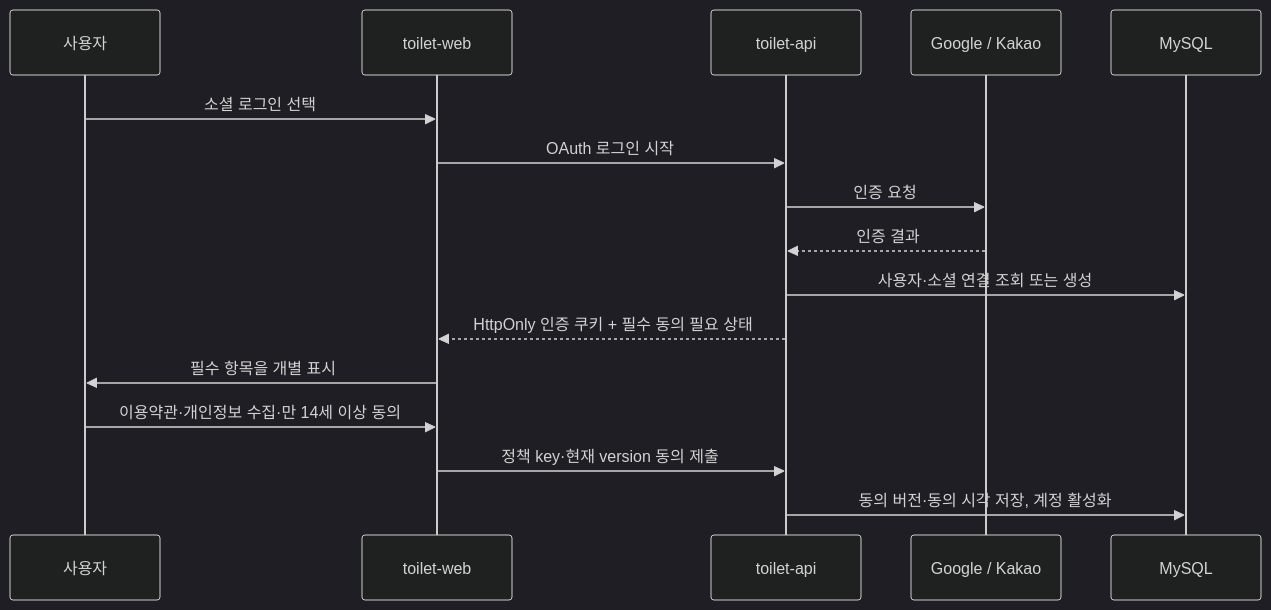
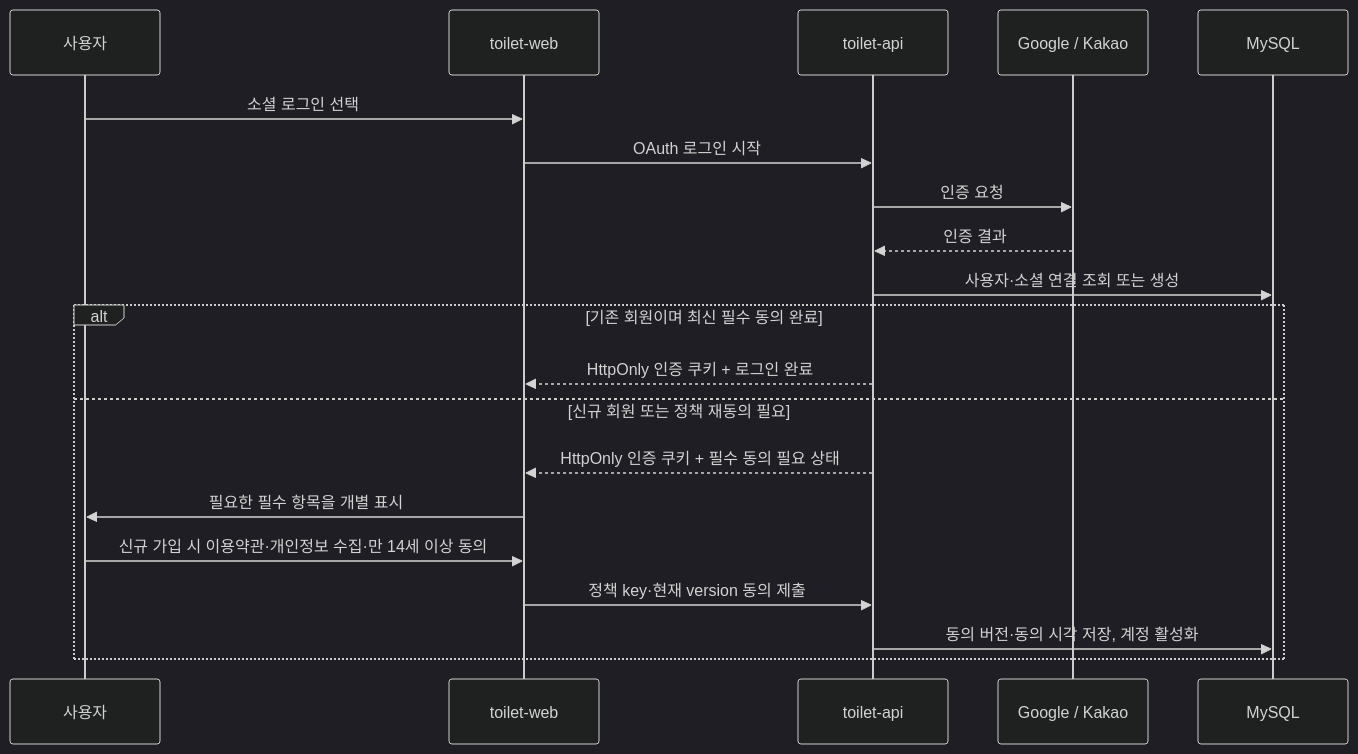
One commit to toilet-project/docs changed the diagram in planning/privacy-policy-consent-v1.md. Above: the diagram before and after it, drawn with Mermaid (dark theme). The commit also changed other lines of this file and 1 other file, not shown here.

Commit message:
docs: clarify signup-only age confirmation

````diff
--- a/planning/privacy-policy-consent-v1.md
+++ b/planning/privacy-policy-consent-v1.md
@@ -16,19 +17,23 @@
 ```mermaid
 sequenceDiagram
     participant U as 사용자
     participant W as toilet-web
     participant A as toilet-api
     participant O as Google / Kakao
     participant D as MySQL
 
     U->>W: 소셜 로그인 선택
     W->>A: OAuth 로그인 시작
     A->>O: 인증 요청
     O-->>A: 인증 결과
     A->>D: 사용자·소셜 연결 조회 또는 생성
-    A-->>W: HttpOnly 인증 쿠키 + 필수 동의 필요 상태
-    W->>U: 필수 항목을 개별 표시
-    U->>W: 이용약관·개인정보 수집·만 14세 이상 동의
-    W->>A: 정책 key·현재 version 동의 제출
-    A->>D: 동의 버전·동의 시각 저장, 계정 활성화
+    alt 기존 회원이며 최신 필수 동의 완료
+        A-->>W: HttpOnly 인증 쿠키 + 로그인 완료
+    else 신규 회원 또는 정책 재동의 필요
+        A-->>W: HttpOnly 인증 쿠키 + 필수 동의 필요 상태
+        W->>U: 필요한 필수 항목을 개별 표시
+        U->>W: 신규 가입 시 이용약관·개인정보 수집·만 14세 이상 동의
+        W->>A: 정책 key·현재 version 동의 제출
+        A->>D: 동의 버전·동의 시각 저장, 계정 활성화
+    end
 ```
````
